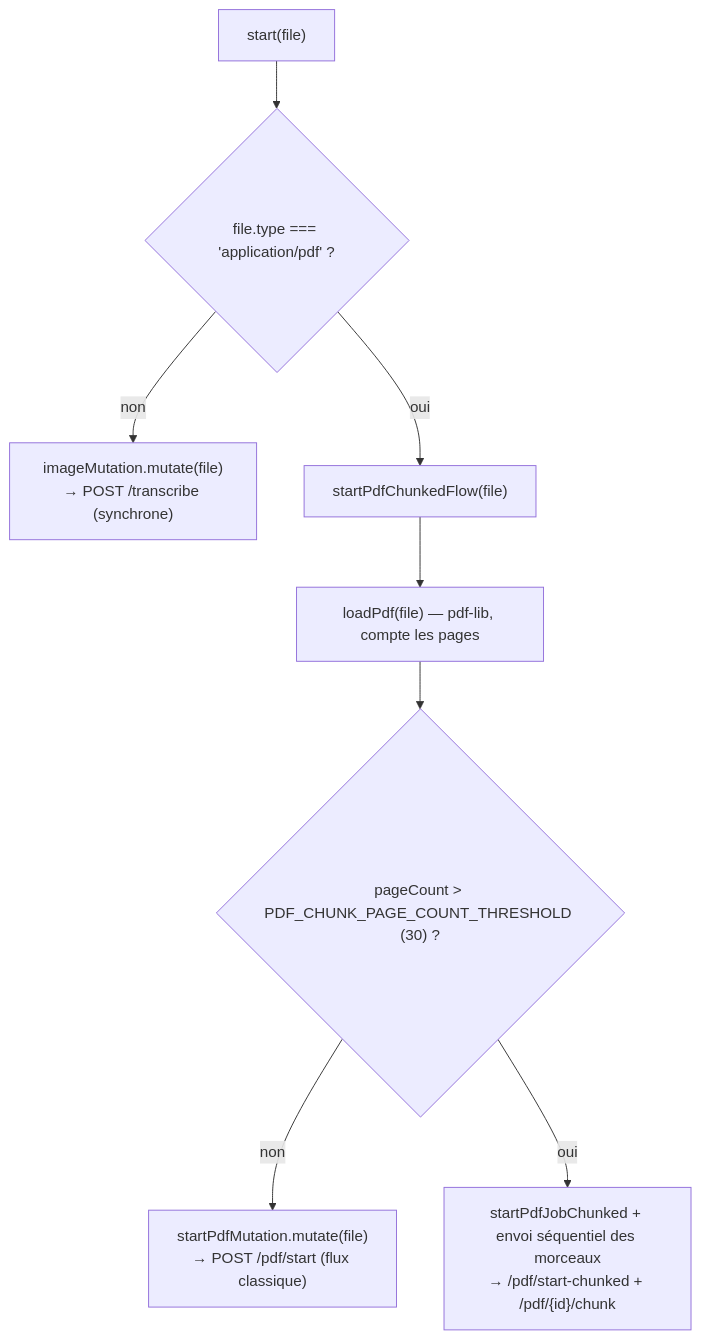
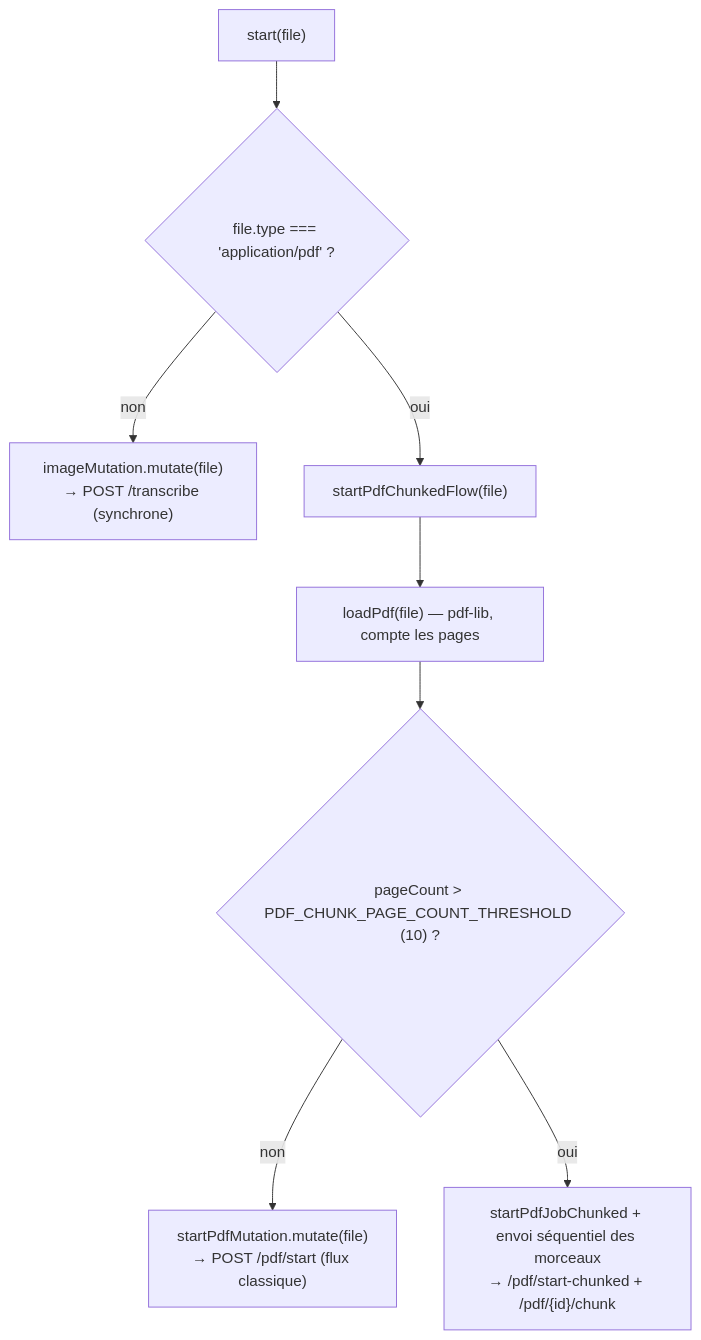
Before and after one commit to hakili-lab/Hakili-Ocr-Specialise: the diagram in docs/frontend/03-hooks.md, drawn with Mermaid. The commit also changed 14 other files, not shown here.

````diff
--- a/docs/frontend/03-hooks.md
+++ b/docs/frontend/03-hooks.md
@@ -24,10 +24,10 @@
 ```mermaid
 flowchart TD
     A["start(file)"] --> B{"file.type === 'application/pdf' ?"}
     B -->|non| C["imageMutation.mutate(file)<br/>→ POST /transcribe (synchrone)"]
     B -->|oui| D["startPdfChunkedFlow(file)"]
     D --> E["loadPdf(file) — pdf-lib, compte les pages"]
-    E --> F{"pageCount > PDF_CHUNK_PAGE_COUNT_THRESHOLD (30) ?"}
+    E --> F{"pageCount > PDF_CHUNK_PAGE_COUNT_THRESHOLD (10) ?"}
     F -->|non| G["startPdfMutation.mutate(file)<br/>→ POST /pdf/start (flux classique)"]
     F -->|oui| H["startPdfJobChunked + envoi séquentiel des morceaux<br/>→ /pdf/start-chunked + /pdf/{id}/chunk"]
 ```
````
